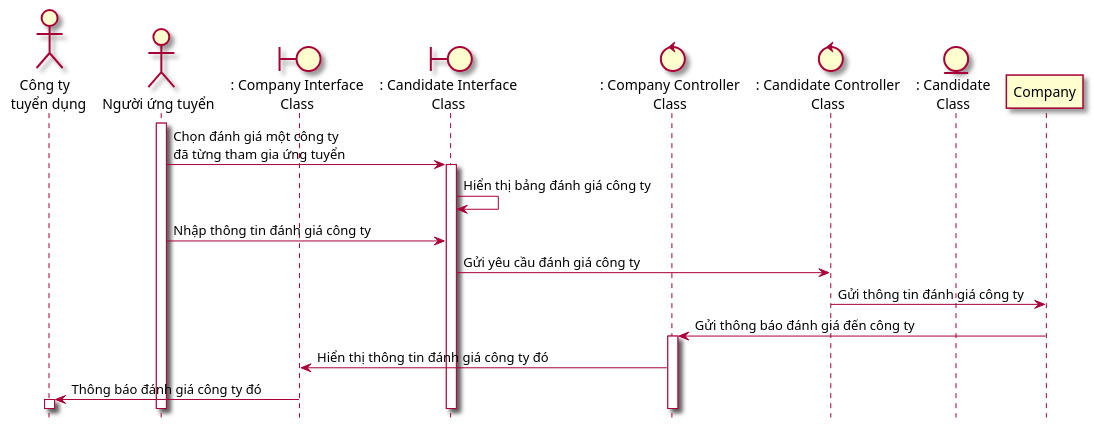
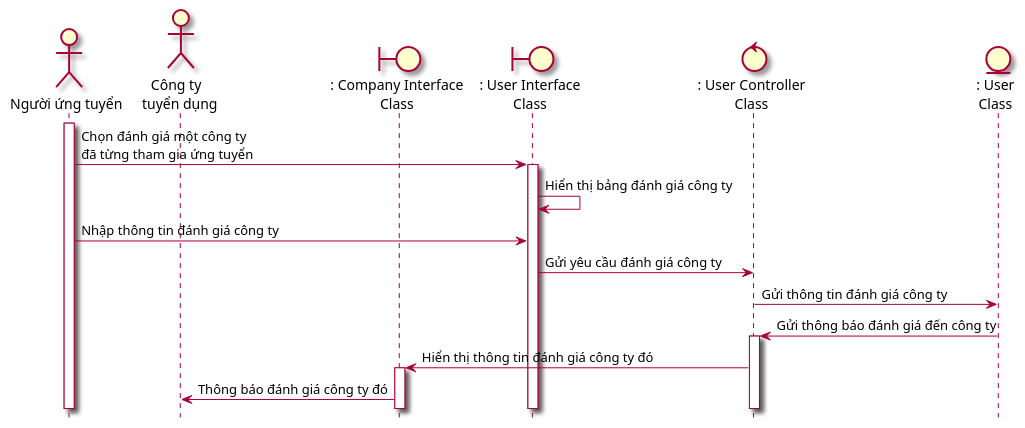
One commit to Griselda4774/EAS-EmploymentAssistanceSystem changed the diagram in Lab1/Lab 1.2 Diagram/Sequence/FilePUML/5.2 SeqDanhGiaCongTyTuyenDung.puml. Above: the diagram before and after it, drawn with PlantUML. The commit also changed 9 other files, not shown here.

```diff
--- a/Lab1/Lab 1.2 Diagram/Sequence/FilePUML/5.2 SeqDanhGiaCongTyTuyenDung.puml
+++ b/Lab1/Lab 1.2 Diagram/Sequence/FilePUML/5.2 SeqDanhGiaCongTyTuyenDung.puml
@@ -1,20 +1,20 @@
 @startuml SeqDanhGiaCongTyTuyenDung
 skin rose 
 hide footbox
+actor nguoiUngTuyen as "Người ứng tuyển"
 actor congTy as "Công ty \n tuyển dụng"
-actor nguoiUngTuyen as "Người ứng tuyển"
+
 nguoiUngTuyen++
 boundary companyInterface as ": Company Interface\nClass"
-boundary candidateInterface as ": Candidate Interface\nClass"
-control companyController as ": Company Controller\nClass"
-control candidateController as ": Candidate Controller\nClass"
-entity Candidate as ": Candidate\nClass"
+boundary candidateInterface as ": User Interface\nClass"
+control userController as ": User Controller\nClass"
+entity User as ": User\nClass"
 nguoiUngTuyen->candidateInterface++: Chọn đánh giá một công ty \nđã từng tham gia ứng tuyển
 candidateInterface->candidateInterface: Hiển thị bảng đánh giá công ty
 nguoiUngTuyen-> candidateInterface: Nhập thông tin đánh giá công ty
-candidateInterface-> candidateController: Gửi yêu cầu đánh giá công ty
-candidateController-> Company: Gửi thông tin đánh giá công ty
-Company ->  companyController++: Gửi thông báo đánh giá đến công ty
-companyController-> companyInterface: Hiển thị thông tin đánh giá công ty đó
-companyInterface -> congTy++: Thông báo đánh giá công ty đó
+candidateInterface-> userController: Gửi yêu cầu đánh giá công ty
+userController-> User: Gửi thông tin đánh giá công ty
+User ->  userController++: Gửi thông báo đánh giá đến công ty
+userController-> companyInterface++: Hiển thị thông tin đánh giá công ty đó
+companyInterface -> congTy: Thông báo đánh giá công ty đó
 @enduml
```
